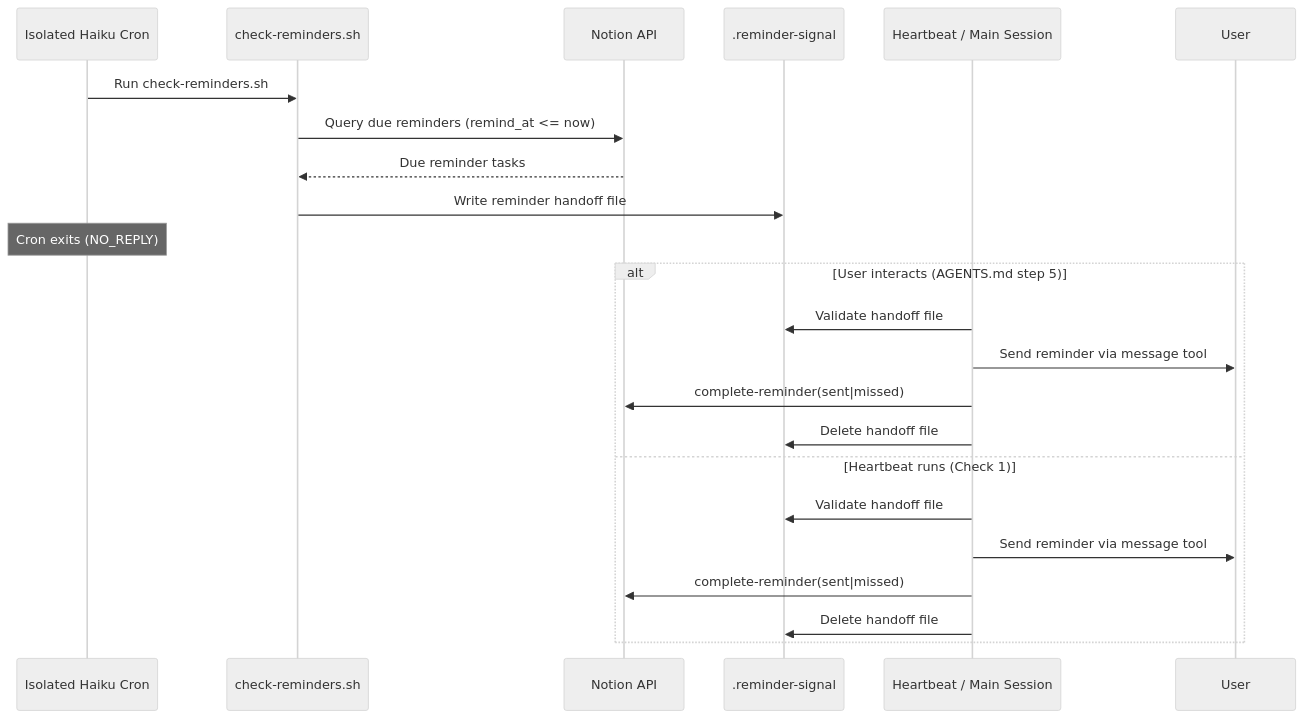
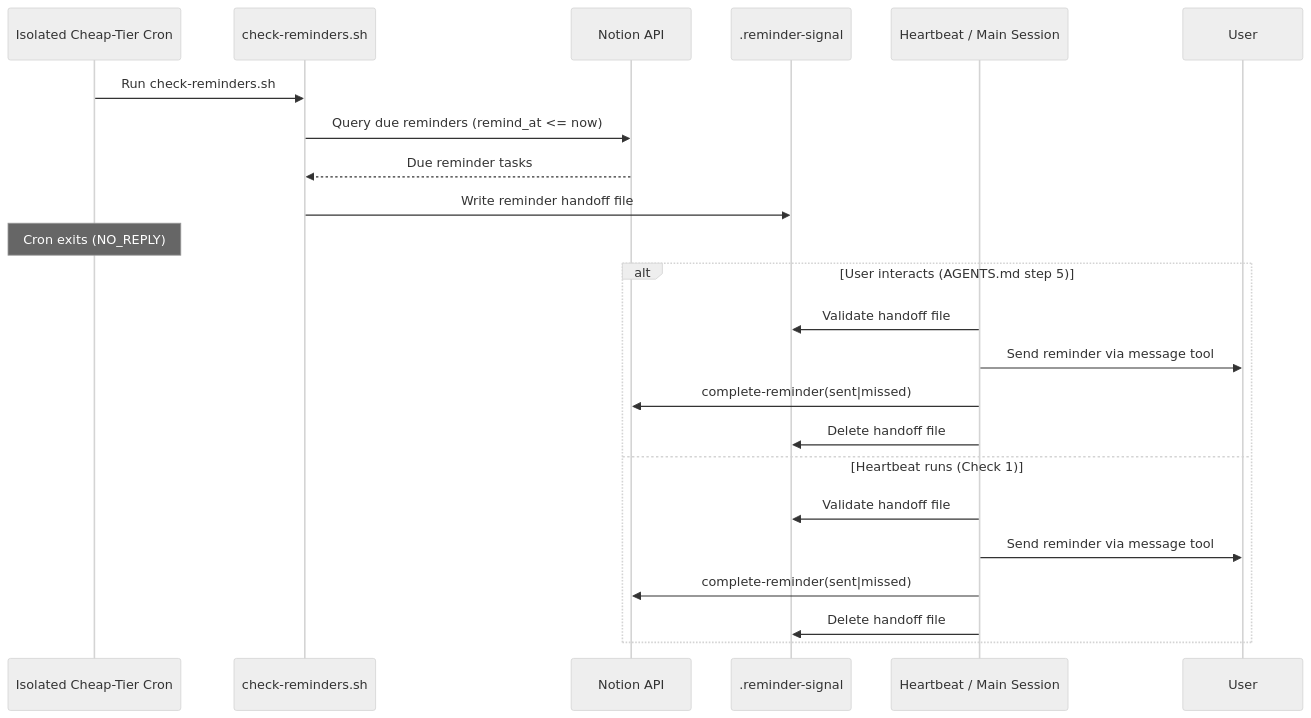
Diagram 22 of 28 in docs/user-interactions.md (NickBorgersProbably/hide-my-list), drawn with Mermaid (neutral theme) before and after one commit. The commit also changed other lines of this file and 10 other files, not shown here.

````diff
--- a/docs/user-interactions.md
+++ b/docs/user-interactions.md
@@ -745,26 +745,26 @@
 ```mermaid
 sequenceDiagram
-    participant Cron as Isolated Haiku Cron
+    participant Cron as Isolated Cheap-Tier Cron
     participant Scr as check-reminders.sh
     participant Notion as Notion API
     participant Signal as .reminder-signal
     participant Delivery as Heartbeat / Main Session
     participant User
 
     Cron->>Scr: Run check-reminders.sh
     Scr->>Notion: Query due reminders (remind_at <= now)
     Notion-->>Scr: Due reminder tasks
     Scr->>Signal: Write reminder handoff file
     Note over Cron: Cron exits (NO_REPLY)
     alt User interacts (AGENTS.md step 5)
         Delivery->>Signal: Validate handoff file
         Delivery->>User: Send reminder via message tool
         Delivery->>Notion: complete-reminder(sent|missed)
         Delivery->>Signal: Delete handoff file
     else Heartbeat runs (Check 1)
         Delivery->>Signal: Validate handoff file
         Delivery->>User: Send reminder via message tool
         Delivery->>Notion: complete-reminder(sent|missed)
         Delivery->>Signal: Delete handoff file
     end
 ```
````
